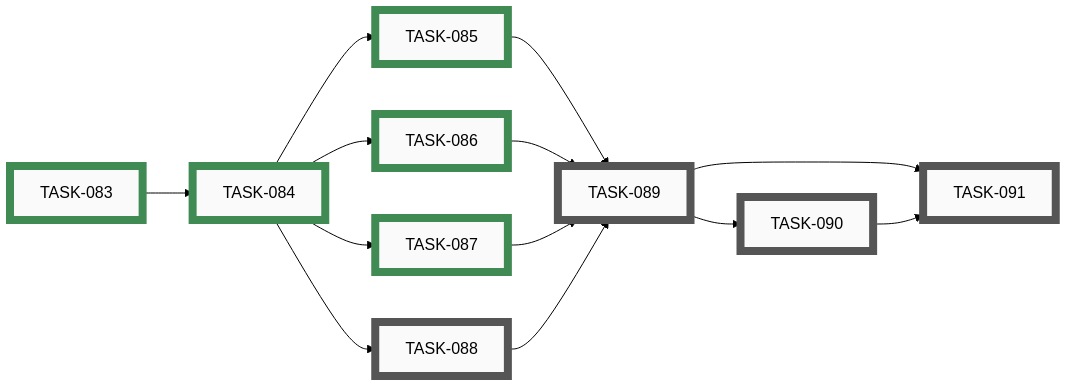
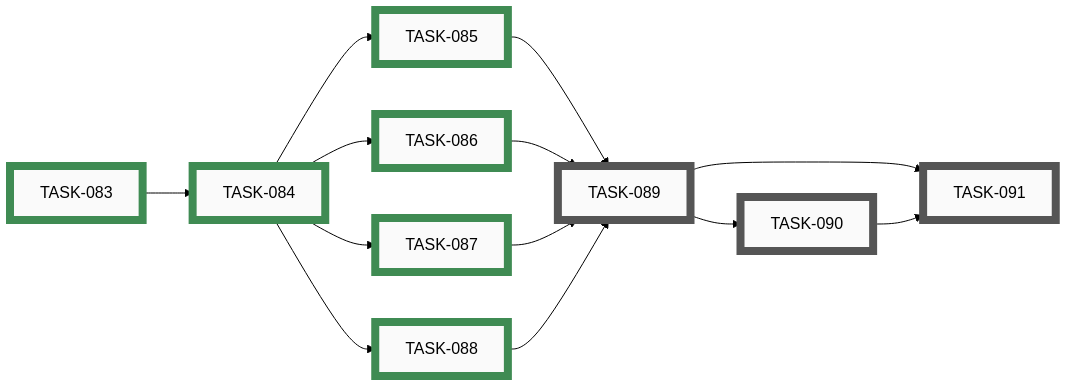
One commit to tgd1975/CircuitSmith changed diagram 11 of 15 in docs/developers/tasks/EPICS.md. Above: the diagram before and after it, drawn with Mermaid (forest theme). The commit also changed other lines of this file and 7 other files, not shown here.

First line of the commit message:
close TASK-088: author the exporters, orchestration, and CI-gates plans

````diff
--- a/docs/developers/tasks/EPICS.md
+++ b/docs/developers/tasks/EPICS.md
@@ -661,41 +661,41 @@
 ```mermaid
 graph LR
-    TASK_088["TASK-088"]:::open
     TASK_089["TASK-089"]:::open
     TASK_090["TASK-090"]:::open
     TASK_091["TASK-091"]:::open
     TASK_083["TASK-083"]:::closed
     TASK_084["TASK-084"]:::closed
     TASK_085["TASK-085"]:::closed
     TASK_086["TASK-086"]:::closed
     TASK_087["TASK-087"]:::closed
-    TASK_084 --> TASK_088
+    TASK_088["TASK-088"]:::closed
     TASK_085 --> TASK_089
     TASK_086 --> TASK_089
     TASK_087 --> TASK_089
     TASK_088 --> TASK_089
     TASK_089 --> TASK_090
     TASK_089 --> TASK_091
     TASK_090 --> TASK_091
     TASK_083 --> TASK_084
     TASK_084 --> TASK_085
     TASK_084 --> TASK_086
     TASK_084 --> TASK_087
-    click TASK_088 "open/task-088-document-exporters-orchestration-ci-test-plan.md"
+    TASK_084 --> TASK_088
     click TASK_089 "open/task-089-write-top-level-coverage-matrix.md"
     click TASK_090 "open/task-090-file-followup-tasks-for-coverage-gaps.md"
     click TASK_091 "open/task-091-ci-staleness-check-for-test-plan.md"
     click TASK_083 "closed/task-083-scaffold-testing-docs-directory.md"
     click TASK_084 "closed/task-084-inventory-existing-test-surface.md"
     click TASK_085 "closed/task-085-document-schema-and-netgraph-test-plan.md"
     click TASK_086 "closed/task-086-document-layout-and-router-test-plan.md"
     click TASK_087 "closed/task-087-document-renderer-and-erc-test-plan.md"
+    click TASK_088 "closed/task-088-document-exporters-orchestration-ci-test-plan.md"
     classDef open    fill:#FAFAFA,stroke:#555,stroke-width:8px,color:#000
     classDef active  fill:#FAFAFA,stroke:#1A6FA8,stroke-width:8px,color:#000
     classDef closed  fill:#FAFAFA,stroke:#3F8B53,stroke-width:8px,color:#000
     classDef paused  fill:#FAFAFA,stroke:#B07810,stroke-width:8px,color:#000
     classDef openExt    fill:#000,stroke:#888,stroke-width:8px,color:#FFF
     classDef activeExt  fill:#000,stroke:#3FA9F5,stroke-width:8px,color:#FFF
     classDef closedExt  fill:#000,stroke:#7CC68A,stroke-width:8px,color:#FFF
     classDef pausedExt  fill:#000,stroke:#F0B030,stroke-width:8px,color:#FFF
 ```
````
